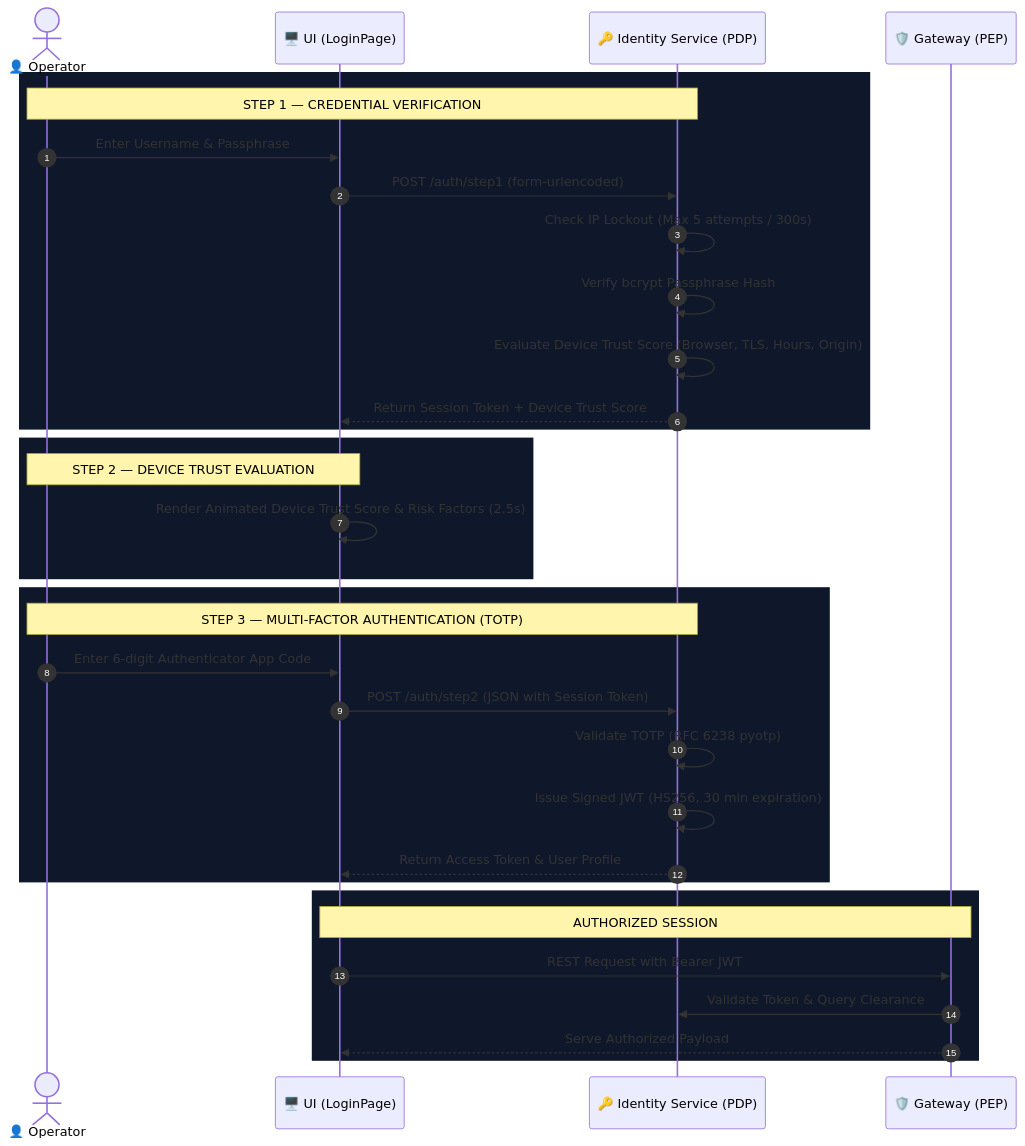
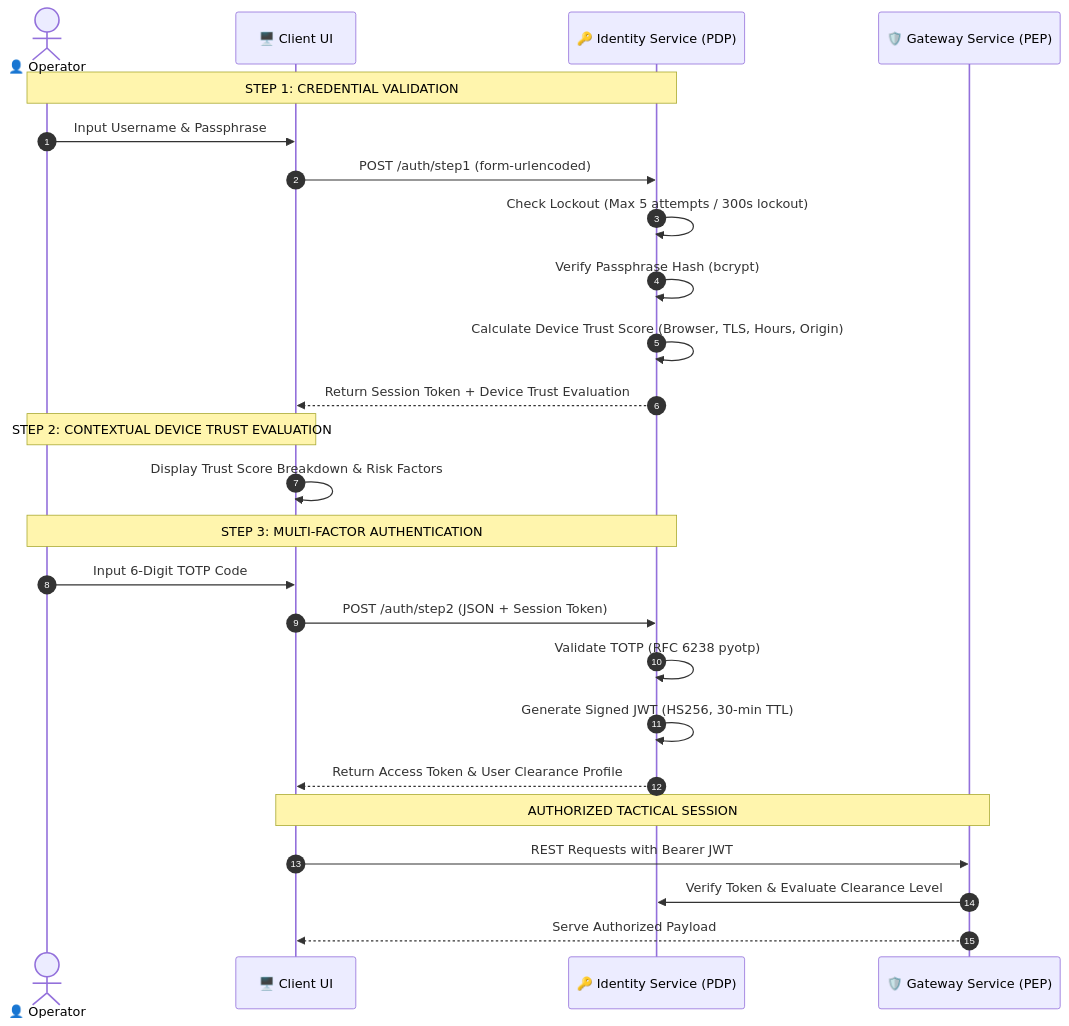
One commit to Shashivanth009/CZTISR changed the second of 2 diagrams in README.md. Above: the diagram before and after it, drawn with Mermaid. The commit also changed other lines of this file, not shown here.

````diff
--- a/README.md
+++ b/README.md
@@ -97,39 +97,31 @@
 ```mermaid
 sequenceDiagram
     autonumber
     actor Operator as 👤 Operator
-    participant UI as 🖥️ UI (LoginPage)
+    participant UI as 🖥️ Client UI
     participant IDP as 🔑 Identity Service (PDP)
-    participant GW as 🛡️ Gateway (PEP)
+    participant GW as 🛡️ Gateway Service (PEP)
 
-    rect rgb(15, 23, 42)
-        Note over Operator,IDP: STEP 1 — CREDENTIAL VERIFICATION
-        Operator->>UI: Enter Username & Passphrase
-        UI->>IDP: POST /auth/step1 (form-urlencoded)
-        IDP->>IDP: Check IP Lockout (Max 5 attempts / 300s)
-        IDP->>IDP: Verify bcrypt Passphrase Hash
-        IDP->>IDP: Evaluate Device Trust Score (Browser, TLS, Hours, Origin)
-        IDP-->>UI: Return Session Token + Device Trust Score
-    end
+    Note over Operator,IDP: STEP 1: CREDENTIAL VALIDATION
+    Operator->>UI: Input Username & Passphrase
+    UI->>IDP: POST /auth/step1 (form-urlencoded)
+    IDP->>IDP: Check Lockout (Max 5 attempts / 300s lockout)
+    IDP->>IDP: Verify Passphrase Hash (bcrypt)
+    IDP->>IDP: Calculate Device Trust Score (Browser, TLS, Hours, Origin)
+    IDP-->>UI: Return Session Token + Device Trust Evaluation
 
-    rect rgb(15, 23, 42)
-        Note over Operator,UI: STEP 2 — DEVICE TRUST EVALUATION
-        UI->>UI: Render Animated Device Trust Score & Risk Factors (2.5s)
-    end
+    Note over Operator,UI: STEP 2: CONTEXTUAL DEVICE TRUST EVALUATION
+    UI->>UI: Display Trust Score Breakdown & Risk Factors
 
-    rect rgb(15, 23, 42)
-        Note over Operator,IDP: STEP 3 — MULTI-FACTOR AUTHENTICATION (TOTP)
-        Operator->>UI: Enter 6-digit Authenticator App Code
-        UI->>IDP: POST /auth/step2 (JSON with Session Token)
-        IDP->>IDP: Validate TOTP (RFC 6238 pyotp)
-        IDP->>IDP: Issue Signed JWT (HS256, 30 min expiration)
-        IDP-->>UI: Return Access Token & User Profile
-    end
+    Note over Operator,IDP: STEP 3: MULTI-FACTOR AUTHENTICATION
+    Operator->>UI: Input 6-Digit TOTP Code
+    UI->>IDP: POST /auth/step2 (JSON + Session Token)
+    IDP->>IDP: Validate TOTP (RFC 6238 pyotp)
+    IDP->>IDP: Generate Signed JWT (HS256, 30-min TTL)
+    IDP-->>UI: Return Access Token & User Clearance Profile
 
-    rect rgb(15, 23, 42)
-        Note over UI,GW: AUTHORIZED SESSION
-        UI->>GW: REST Request with Bearer JWT
-        GW->>IDP: Validate Token & Query Clearance
-        GW-->>UI: Serve Authorized Payload
-    end
+    Note over UI,GW: AUTHORIZED TACTICAL SESSION
+    UI->>GW: REST Requests with Bearer JWT
+    GW->>IDP: Verify Token & Evaluate Clearance Level
+    GW-->>UI: Serve Authorized Payload
 ```
````
